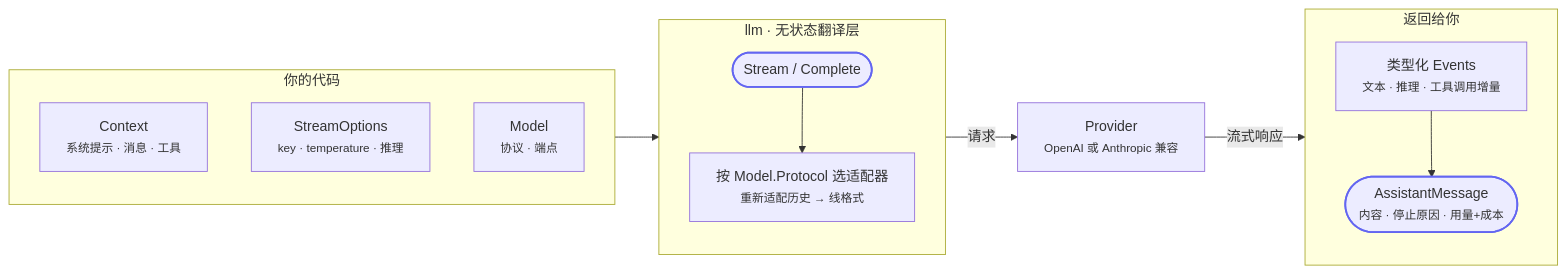
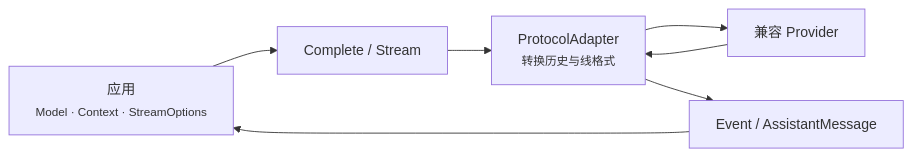
The diagram in docs/llm/README.zh.md (ktsoator/or), drawn with Mermaid before and after one commit. The commit also changed other lines of this file and 55 other files, not shown here.

````diff
--- a/docs/llm/README.zh.md
+++ b/docs/llm/README.zh.md
@@ -22,32 +21,11 @@
 ```mermaid
 flowchart LR
-    subgraph caller["你的代码"]
-        direction TB
-        ctx["Context<br/><small>系统提示 · 消息 · 工具</small>"]
-        opts["StreamOptions<br/><small>key · temperature · 推理</small>"]
-        model["Model<br/><small>协议 · 端点</small>"]
-    end
+    app["应用<br/><small>Model · Context · StreamOptions</small>"]
+    entry["Complete / Stream"]
+    adapter["ProtocolAdapter<br/><small>转换历史与线格式</small>"]
+    provider["兼容 Provider"]
+    result["Event / AssistantMessage"]
 
-    subgraph lib["llm · 无状态翻译层"]
-        direction TB
-        entry(["Stream / Complete"])
-        adapt["按 Model.Protocol 选适配器<br/><small>重新适配历史 → 线格式</small>"]
-        entry --> adapt
-    end
-
-    provider["Provider<br/><small>OpenAI 或 Anthropic 兼容</small>"]
-
-    subgraph back["返回给你"]
-        direction TB
-        events["类型化 Events<br/><small>文本 · 推理 · 工具调用增量</small>"]
-        final(["AssistantMessage<br/><small>内容 · 停止原因 · 用量+成本</small>"])
-        events --> final
-    end
-
-    caller --> entry
-    adapt -->|请求| provider
-    provider -->|流式响应| events
-
-    classDef accent stroke:#6366f1,stroke-width:2px;
-    class entry,final accent;
+    app --> entry --> adapter --> provider
+    provider --> adapter --> result --> app
 ```
````
